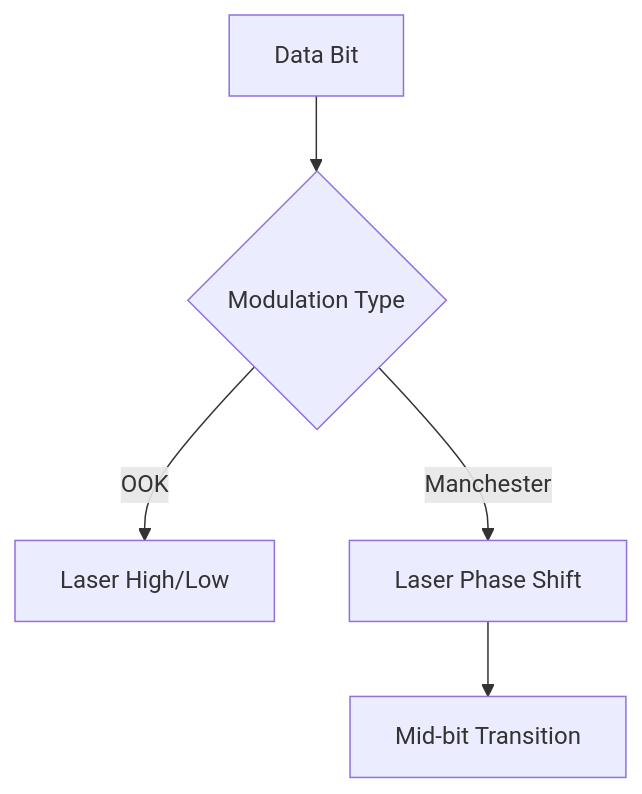
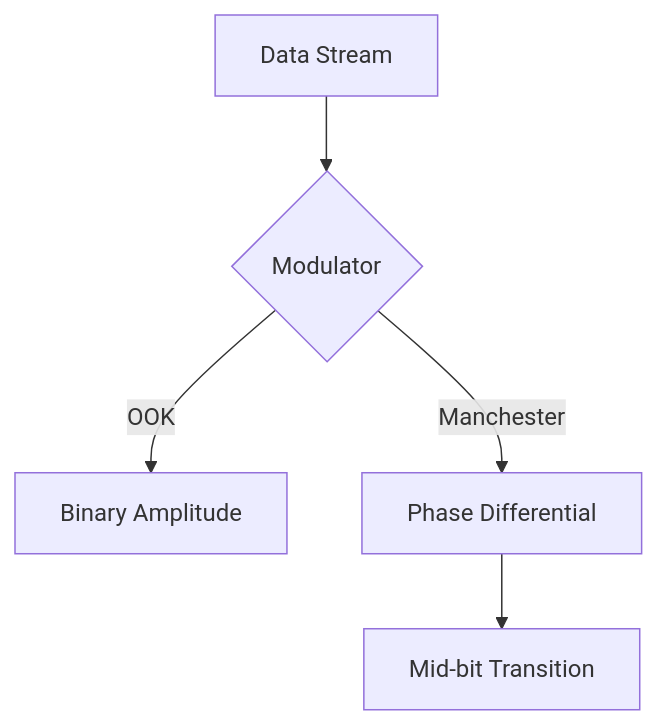
One commit to void0x11/Laser-Communication-System changed the diagram in TECHNICAL_REFERENCE.md. Above: the diagram before and after it, drawn with Mermaid. The commit also changed other lines of this file and 4 other files, not shown here.

````diff
--- a/TECHNICAL_REFERENCE.md
+++ b/TECHNICAL_REFERENCE.md
@@ -26,7 +25,7 @@
 ```mermaid
 graph TD
-    A[Data Bit] --> B{Modulation Type}
-    B -- OOK --> C[Laser High/Low]
-    B -- Manchester --> D[Laser Phase Shift]
+    A[Data Stream] --> B{Modulator}
+    B -- OOK --> C[Binary Amplitude]
+    B -- Manchester --> D[Phase Differential]
     D --> E[Mid-bit Transition]
 ```
````
